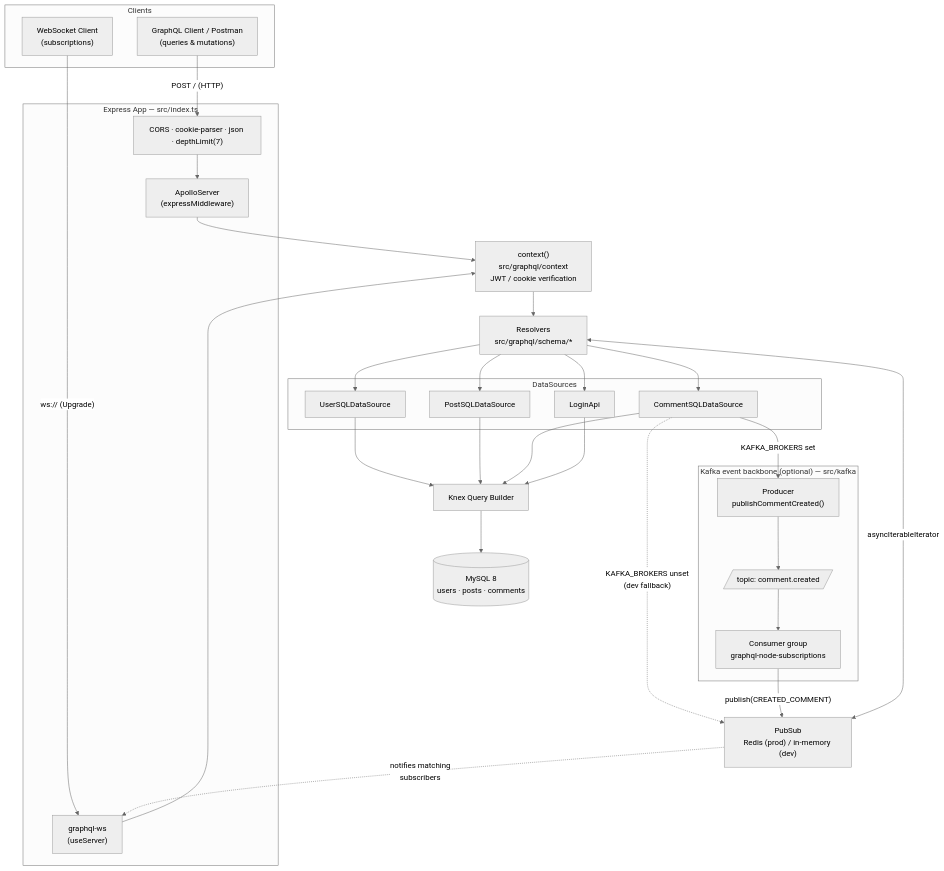
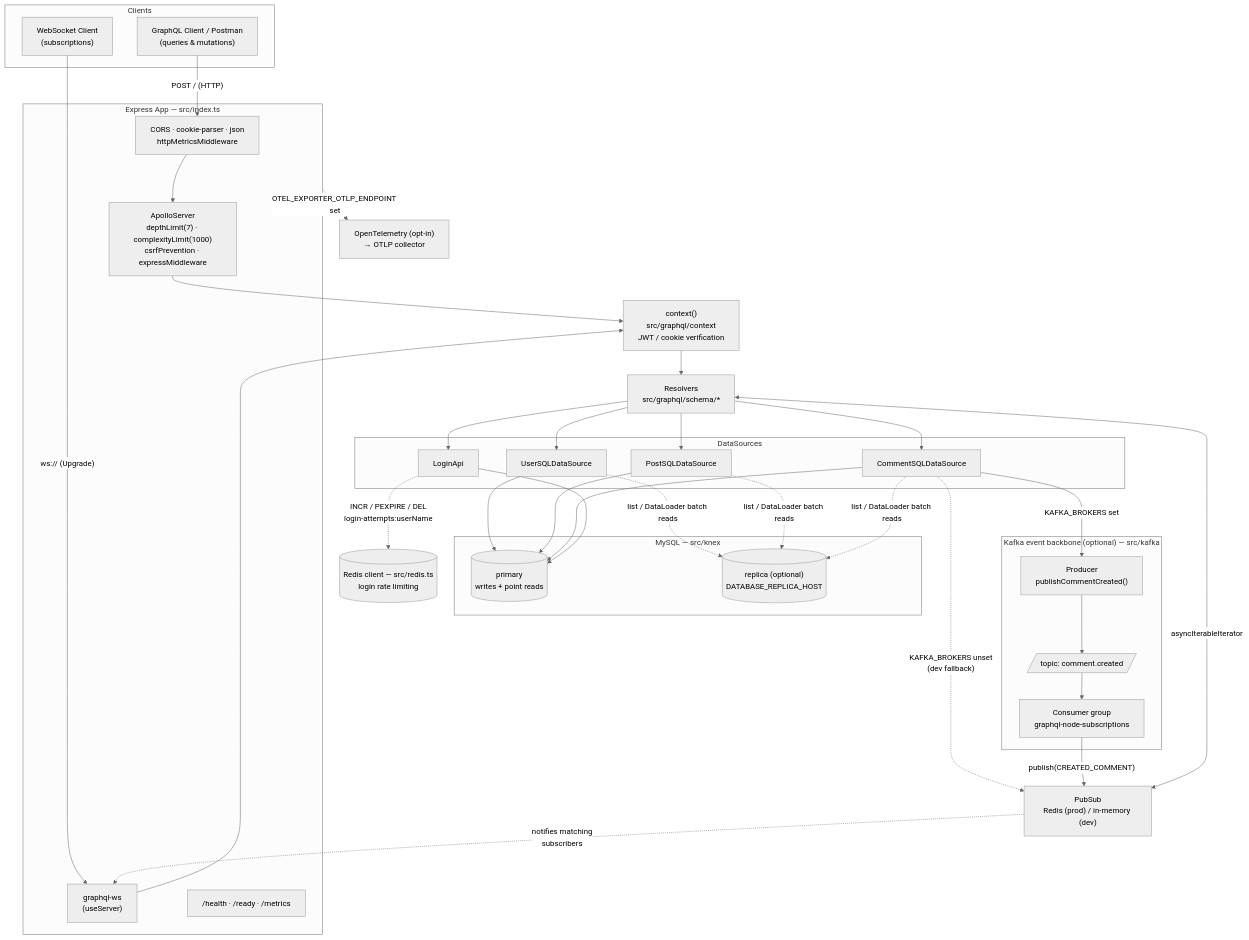
One commit to luizcurti/graphql-node changed the diagram in docs/diagrams/architecture.mmd. Above: the diagram before and after it, drawn with Mermaid (neutral theme). The commit also changed 72 other files, not shown here.

```diff
--- a/docs/diagrams/architecture.mmd
+++ b/docs/diagrams/architecture.mmd
@@ -1,47 +1,59 @@
 flowchart TB
     subgraph Clients["Clients"]
         HTTPClient["GraphQL Client / Postman<br/>(queries &amp; mutations)"]
         WSClient["WebSocket Client<br/>(subscriptions)"]
     end
 
     subgraph App["Express App — src/index.ts"]
-        MW["CORS · cookie-parser · json · depthLimit(7)"]
-        HTTPServer["ApolloServer<br/>(expressMiddleware)"]
+        MW["CORS · cookie-parser · json<br/>httpMetricsMiddleware"]
+        HTTPServer["ApolloServer<br/>depthLimit(7) · complexityLimit(1000)<br/>csrfPrevention · expressMiddleware"]
         WSServer["graphql-ws<br/>(useServer)"]
+        Ops["/health · /ready · /metrics"]
     end
 
     Context["context()<br/>src/graphql/context<br/>JWT / cookie verification"]
     Resolvers["Resolvers<br/>src/graphql/schema/*"]
 
     subgraph DataSources["DataSources"]
         UserDS["UserSQLDataSource"]
         PostDS["PostSQLDataSource"]
         CommentDS["CommentSQLDataSource"]
         LoginApi["LoginApi"]
     end
 
-    Knex["Knex Query Builder"]
-    MySQL[("MySQL 8<br/>users · posts · comments")]
+    subgraph MySQLGroup["MySQL — src/knex"]
+        Primary[("primary<br/>writes + point reads")]
+        Replica[("replica (optional)<br/>DATABASE_REPLICA_HOST")]
+    end
+
     PubSub["PubSub<br/>Redis (prod) / in-memory (dev)"]
+    RedisClient[("Redis client — src/redis.ts<br/>login rate limiting")]
 
     subgraph Kafka["Kafka event backbone (optional) — src/kafka"]
         Producer["Producer<br/>publishCommentCreated()"]
         Topic[/"topic: comment.created"/]
         Consumer["Consumer group<br/>graphql-node-subscriptions"]
     end
+
+    Otel["OpenTelemetry (opt-in)<br/>→ OTLP collector"]
 
     HTTPClient -->|"POST / (HTTP)"| MW --> HTTPServer
     WSClient -->|"ws:// (Upgrade)"| WSServer
 
     HTTPServer --> Context
     WSServer --> Context
     Context --> Resolvers
 
     Resolvers --> UserDS & PostDS & CommentDS & LoginApi
-    UserDS & PostDS & CommentDS & LoginApi --> Knex --> MySQL
+    UserDS & PostDS & CommentDS --> Primary
+    UserDS & PostDS & CommentDS -.->|"list / DataLoader batch reads"| Replica
+    LoginApi --> Primary
+    LoginApi -.->|"INCR / PEXPIRE / DEL<br/>login-attempts:userName"| RedisClient
 
     CommentDS -->|"KAFKA_BROKERS set"| Producer --> Topic --> Consumer
     CommentDS -.->|"KAFKA_BROKERS unset<br/>(dev fallback)"| PubSub
     Consumer -->|"publish(CREATED_COMMENT)"| PubSub
     Resolvers <-->|"asyncIterableIterator"| PubSub
     PubSub -.->|"notifies matching<br/>subscribers"| WSServer
+
+    App -.->|"OTEL_EXPORTER_OTLP_ENDPOINT set"| Otel
```
